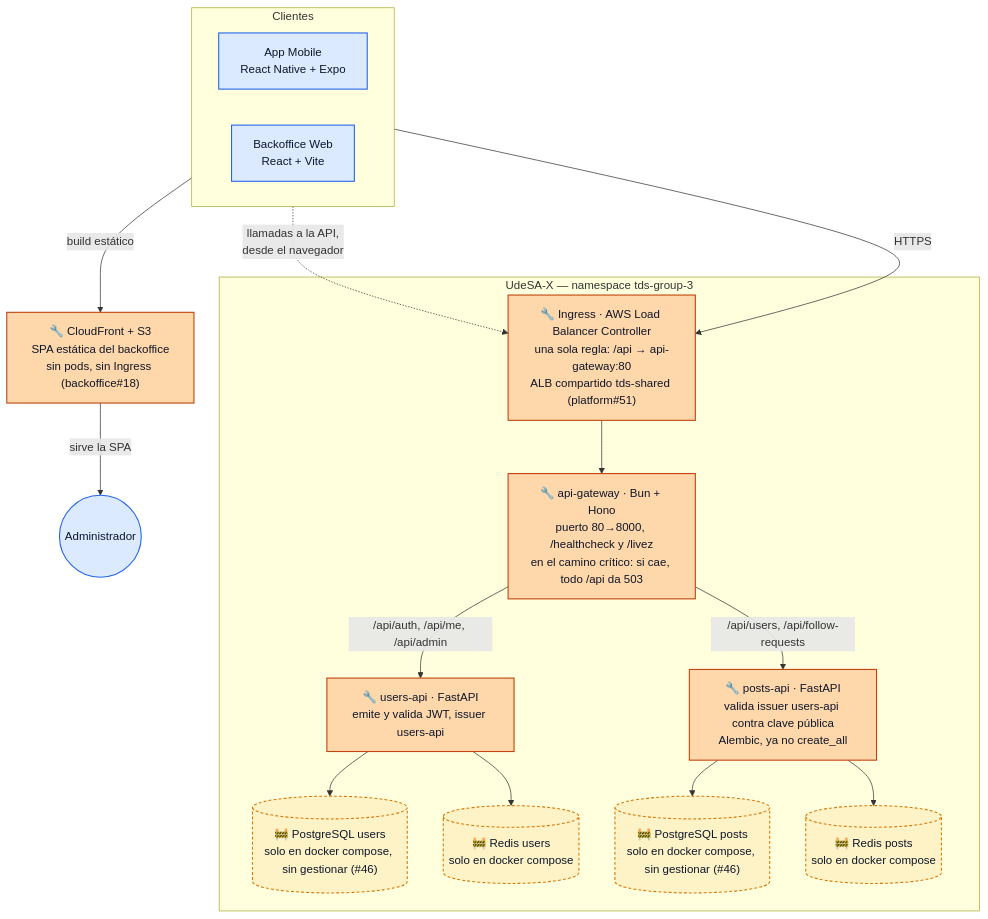
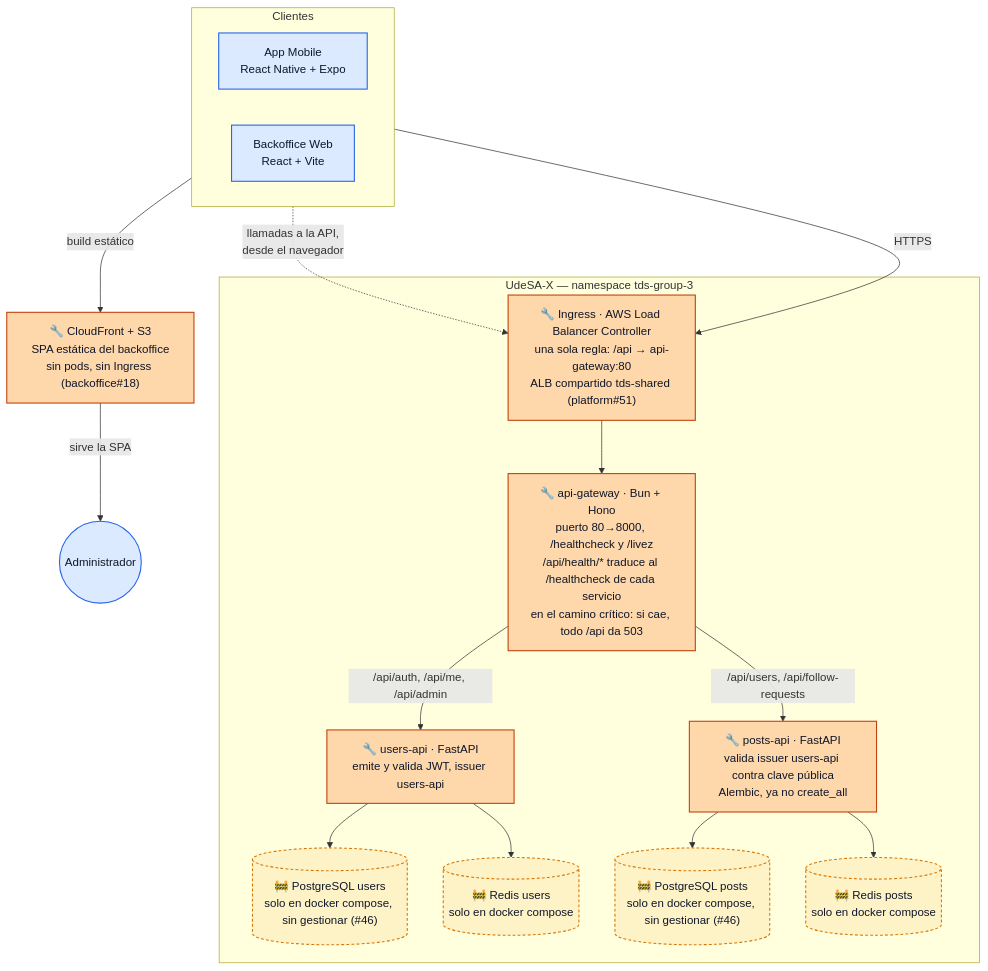
One commit to tds-g3-2s2026/udesa-x-platform changed the second of 3 diagrams in docs/C4.md. Above: the diagram before and after it, drawn with Mermaid. The commit also changed 1 other file, not shown here.

Commit message:
docs(platform): la salud de los servicios se lee a través del gateway (#75)
El backoffice no llega a los /healthcheck de los servicios, que viven
fuera de /api. Para E5-H11 los lee a través del gateway, que traduce
/api/health/<servicio> y deja pasar solo el estado y la versión. La
arquitectura y el C4 pasan a describir ese camino.

Closes #74

````diff
--- a/docs/C4.md
+++ b/docs/C4.md
@@ -61,39 +61,39 @@
 ```mermaid
 flowchart TB
     subgraph clientes["Clientes"]
         direction LR
         MOB["App Mobile<br/>React Native + Expo"]
         BO["Backoffice Web<br/>React + Vite"]
     end
     CDN["🔧 CloudFront + S3<br/>SPA estática del backoffice<br/>sin pods, sin Ingress (backoffice#18)"]
     subgraph sistema["UdeSA-X — namespace tds-group-3"]
         ING["🔧 Ingress · AWS Load Balancer Controller<br/>una sola regla: /api → api-gateway:80<br/>ALB compartido tds-shared (platform#51)"]
-        GW["🔧 api-gateway · Bun + Hono<br/>puerto 80→8000, /healthcheck y /livez<br/>en el camino crítico: si cae, todo /api da 503"]
+        GW["🔧 api-gateway · Bun + Hono<br/>puerto 80→8000, /healthcheck y /livez<br/>/api/health/* traduce al /healthcheck de cada servicio<br/>en el camino crítico: si cae, todo /api da 503"]
         USR["🔧 users-api · FastAPI<br/>emite y valida JWT, issuer users-api"]
         PST["🔧 posts-api · FastAPI<br/>valida issuer users-api contra clave pública<br/>Alembic, ya no create_all"]
         RU[("🚧 PostgreSQL users<br/>solo en docker compose, sin gestionar (#46)")]
         RP[("🚧 PostgreSQL posts<br/>solo en docker compose, sin gestionar (#46)")]
         REU[("🚧 Redis users<br/>solo en docker compose")]
         REP[("🚧 Redis posts<br/>solo en docker compose")]
     end
 
     BO -->|"build estático"| CDN
     CDN -->|"sirve la SPA"| ADMIN(("Administrador"))
     BO -.->|"llamadas a la API,<br/>desde el navegador"| ING
     MOB -->|"HTTPS"| ING
     ING --> GW
     GW -->|"/api/auth, /api/me, /api/admin"| USR
     GW -->|"/api/users, /api/follow-requests"| PST
     USR --> RU
     USR --> REU
     PST --> RP
     PST --> REP
 
     classDef cliente fill:#dbeafe,stroke:#2563eb,stroke-width:1.5px,color:#0f172a
     classDef listo fill:#dcfce7,stroke:#16a34a,stroke-width:1.5px,color:#0f172a
     classDef enpr fill:#fed7aa,stroke:#c2410c,stroke-width:1.5px,color:#0f172a
     classDef pendiente fill:#fef3c7,stroke:#d97706,stroke-width:1.5px,color:#0f172a,stroke-dasharray: 4 3
     class MOB,BO,ADMIN cliente
     class ING,GW,USR,PST,CDN enpr
     class RU,RP,REU,REP pendiente
 ```
````
